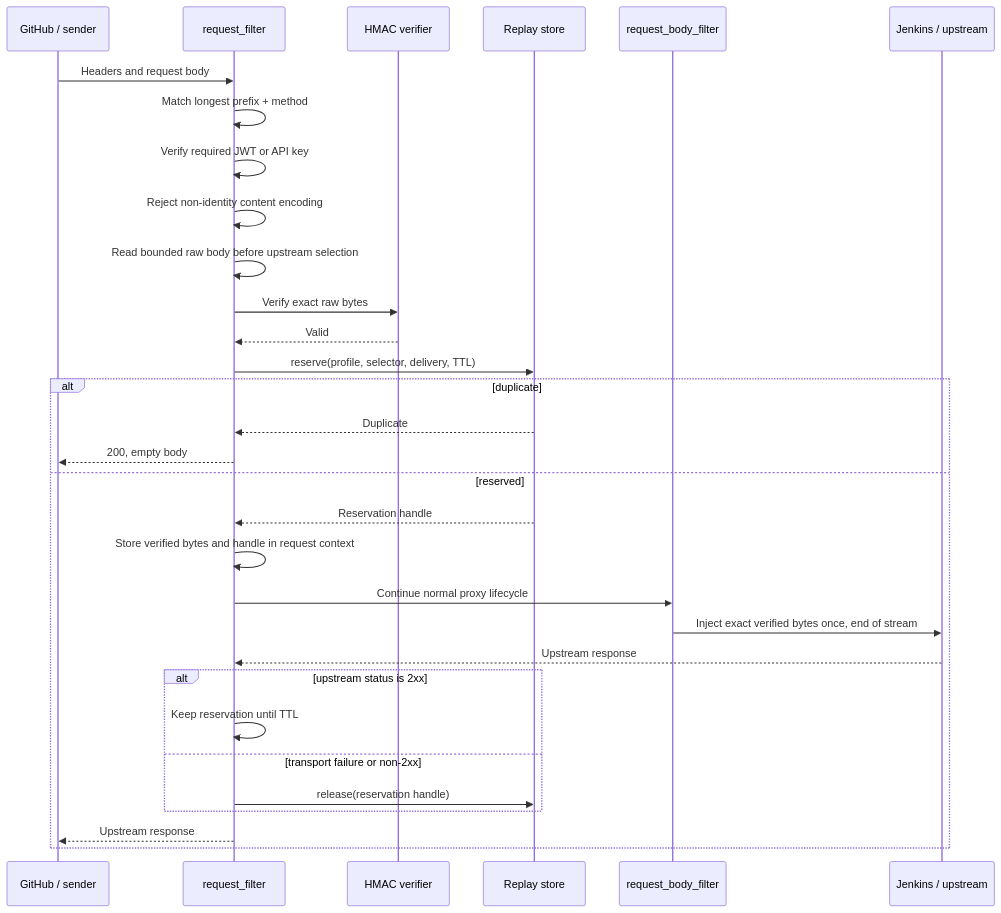
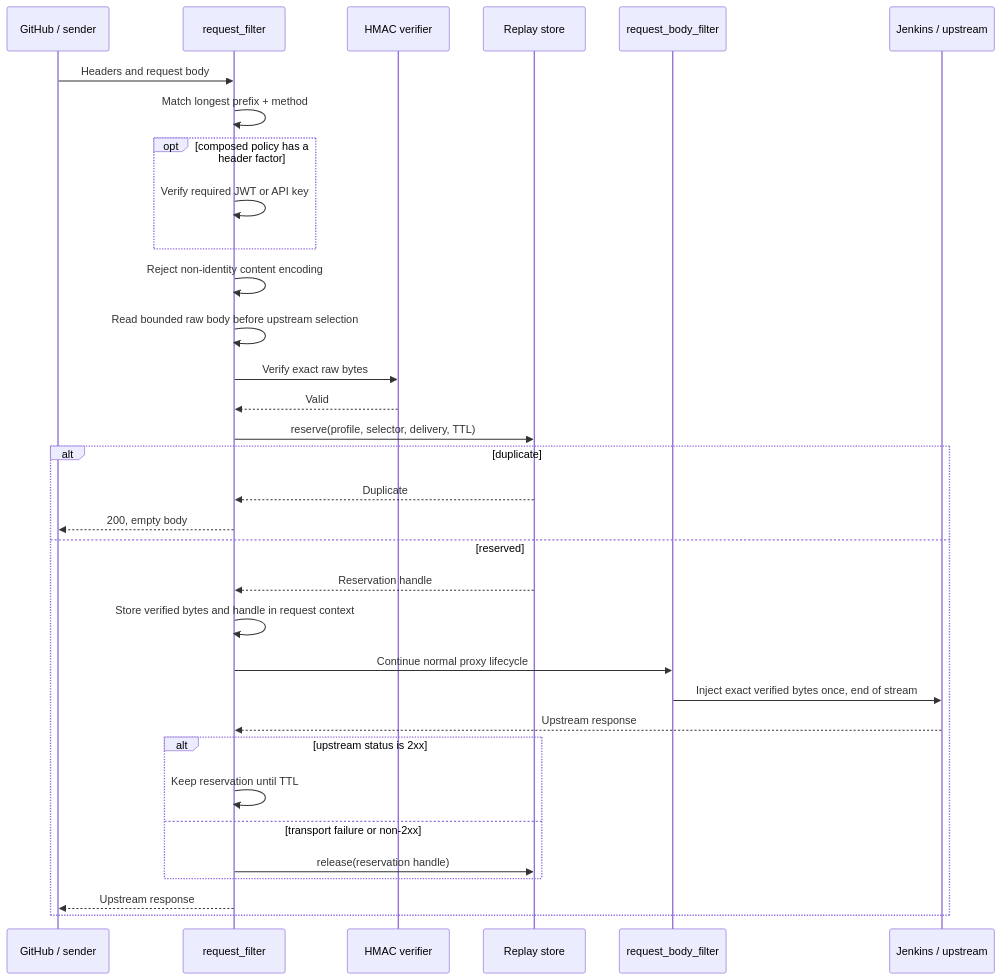
Before and after one commit to networknt/light-fabric: the diagram in docs/src/design/hmac-webhook-authentication.md, drawn with Mermaid. The commit also changed other lines of this file and 50 other files, not shown here.

````diff
--- a/docs/src/design/hmac-webhook-authentication.md
+++ b/docs/src/design/hmac-webhook-authentication.md
@@ -392,34 +521,36 @@
 ```mermaid
 sequenceDiagram
     participant Sender as GitHub / sender
     participant Filter as request_filter
     participant HMAC as HMAC verifier
     participant Replay as Replay store
     participant Body as request_body_filter
     participant Upstream as Jenkins / upstream
 
     Sender->>Filter: Headers and request body
     Filter->>Filter: Match longest prefix + method
-    Filter->>Filter: Verify required JWT or API key
+    opt composed policy has a header factor
+        Filter->>Filter: Verify required JWT or API key
+    end
     Filter->>Filter: Reject non-identity content encoding
     Filter->>Filter: Read bounded raw body before upstream selection
     Filter->>HMAC: Verify exact raw bytes
     HMAC-->>Filter: Valid
     Filter->>Replay: reserve(profile, selector, delivery, TTL)
     alt duplicate
         Replay-->>Filter: Duplicate
         Filter-->>Sender: 200, empty body
     else reserved
         Replay-->>Filter: Reservation handle
         Filter->>Filter: Store verified bytes and handle in request context
         Filter->>Body: Continue normal proxy lifecycle
         Body->>Upstream: Inject exact verified bytes once, end of stream
         Upstream-->>Filter: Upstream response
         alt upstream status is 2xx
             Filter->>Filter: Keep reservation until TTL
         else transport failure or non-2xx
             Filter->>Replay: release(reservation handle)
         end
         Filter-->>Sender: Upstream response
     end
 ```
````
